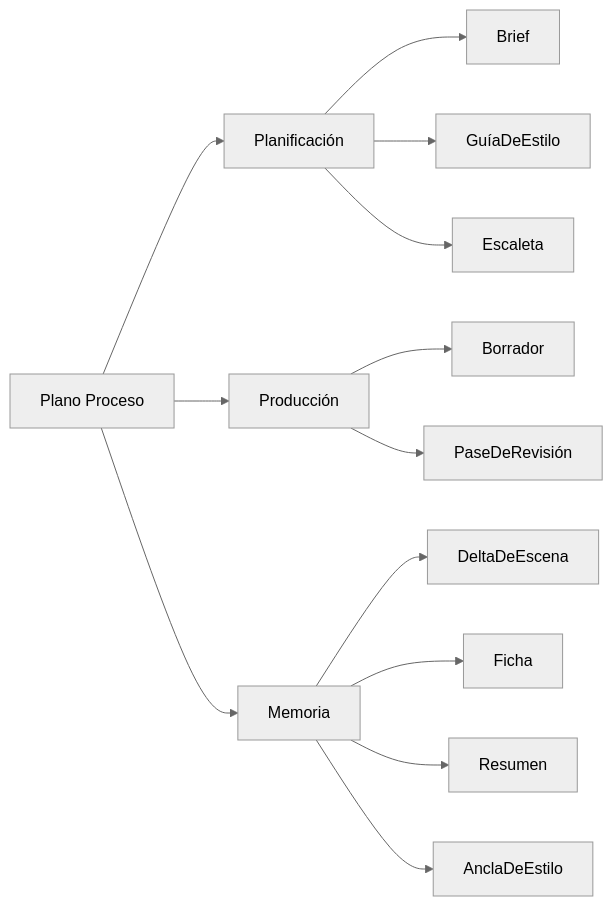
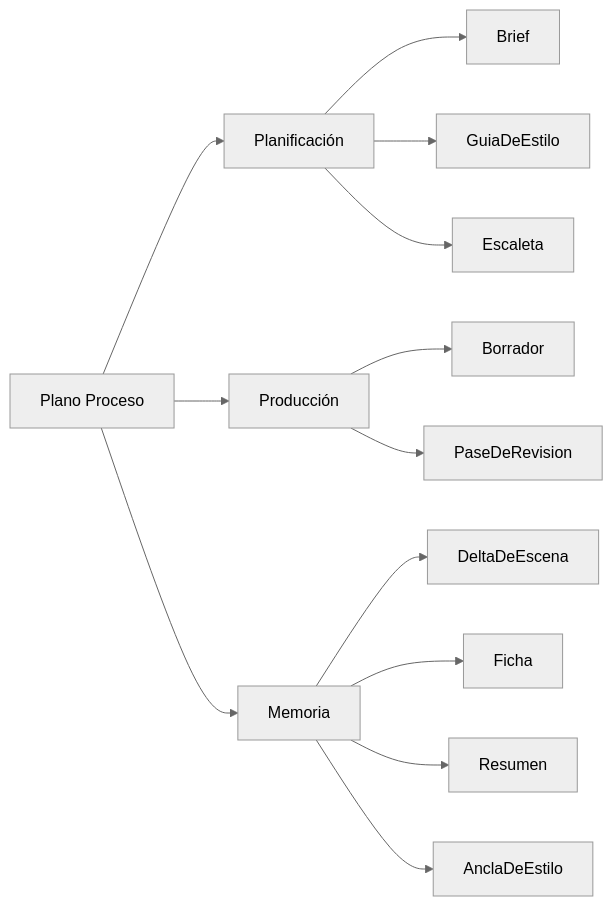
The fifth of 9 diagrams in Docs/domain-knowledge.md (SantiagoEspinosa-ai/My_novel_story), drawn with Mermaid (neutral theme) before and after one commit. The commit also changed other lines of this file and 5 other files, not shown here.

````diff
--- a/Docs/domain-knowledge.md
+++ b/Docs/domain-knowledge.md
@@ -86,16 +86,16 @@
 ```mermaid
 flowchart LR
   P4["Plano Proceso"]
   P4 --> PL["Planificación"]
   P4 --> PR["Producción"]
   P4 --> MM["Memoria"]
   PL --> PL1["Brief"]
-  PL --> PL2["GuíaDeEstilo"]
+  PL --> PL2["GuiaDeEstilo"]
   PL --> PL3["Escaleta"]
   PR --> PR1["Borrador"]
-  PR --> PR2["PaseDeRevisión"]
+  PR --> PR2["PaseDeRevision"]
   MM --> MM1["DeltaDeEscena"]
   MM --> MM2["Ficha"]
   MM --> MM3["Resumen"]
   MM --> MM4["AnclaDeEstilo"]
 ```
````
